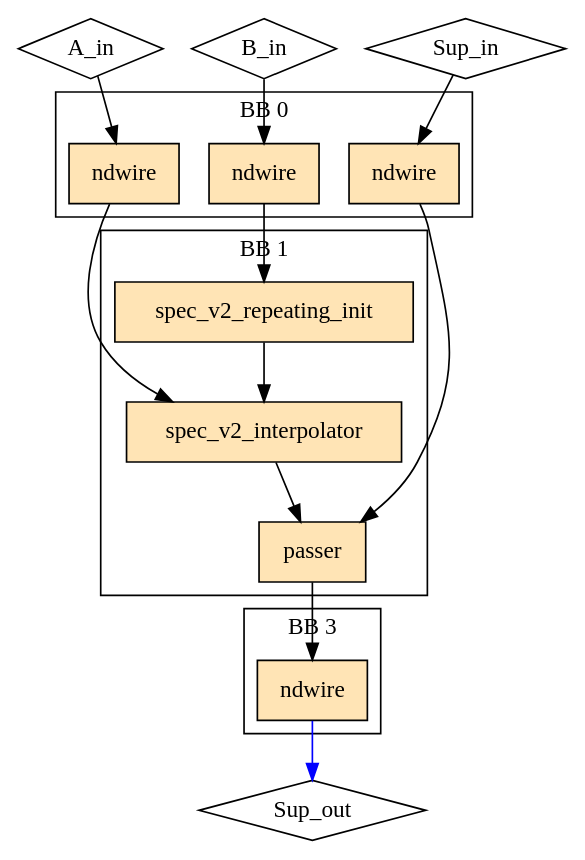
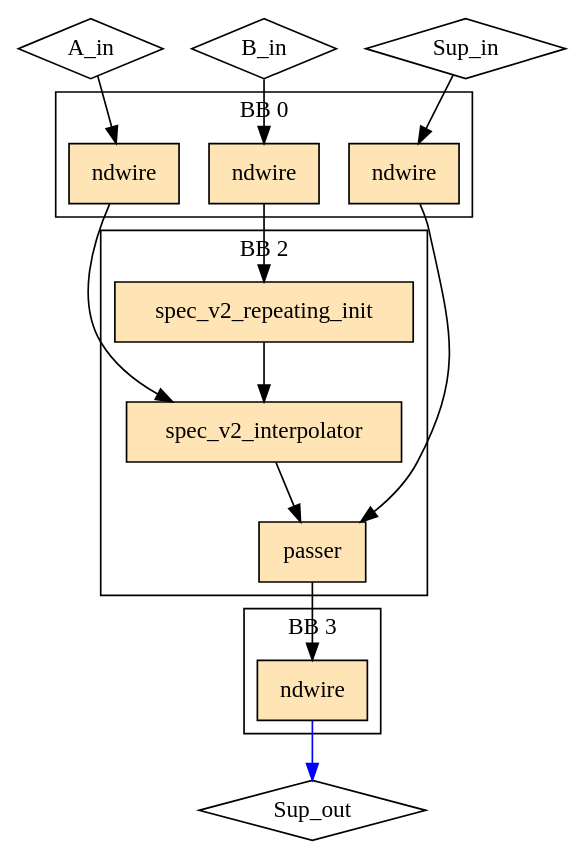
Before and after one commit to EPFL-LAP/dynamatic: the diagram in experimental/tools/elastic-miter/out/interpolator_ind/rhs_reachability/model.dot, drawn with Graphviz. The commit also changed 700 other files, not shown here.

```diff
--- a/experimental/tools/elastic-miter/out/interpolator_ind/rhs_reachability/model.dot
+++ b/experimental/tools/elastic-miter/out/interpolator_ind/rhs_reachability/model.dot
@@ -1,34 +1,34 @@
 Digraph G {
   splines=spline
   compound=true
   "A_in" ["style"="solid", "shape"="diamond", "label"="A_in", "mlir_op"="handshake.func"]
   "B_in" ["style"="solid", "shape"="diamond", "label"="B_in", "mlir_op"="handshake.func"]
   "Sup_in" ["style"="solid", "shape"="diamond", "label"="Sup_in", "mlir_op"="handshake.func"]
   "Sup_out" ["style"="solid", "shape"="diamond", "label"="Sup_out", "mlir_op"="handshake.func"]
   "A_in" -> "ndw_in_A_in" ["dir"="both", "style"="solid", "arrowhead"="normal", "from_idx"="0", "to"="ins", "arrowtail"="none", "from"="A_in", "to_idx"="0"]
   "B_in" -> "ndw_in_B_in" ["dir"="both", "style"="solid", "arrowhead"="normal", "from_idx"="1", "to"="ins", "arrowtail"="none", "from"="B_in", "to_idx"="0"]
   "Sup_in" -> "ndw_in_Sup_in" ["dir"="both", "style"="solid", "arrowhead"="normal", "from_idx"="2", "to"="ins", "arrowtail"="none", "from"="Sup_in", "to_idx"="0"]
   "ndw_in_A_in" -> "interpolate" ["dir"="both", "style"="solid", "arrowhead"="normal", "from_idx"="0", "to"="short", "arrowtail"="none", "from"="outs", "to_idx"="0"]
   "ndw_in_B_in" -> "ri" ["dir"="both", "style"="solid", "arrowhead"="normal", "from_idx"="0", "to"="ins", "arrowtail"="none", "from"="outs", "to_idx"="0"]
   "ndw_in_Sup_in" -> "passer" ["dir"="both", "style"="solid", "arrowhead"="normal", "from_idx"="0", "to"="data", "arrowtail"="none", "from"="outs", "to_idx"="0"]
   "ndw_out_Sup_out" -> "Sup_out" ["dir"="both", "style"="solid", "arrowhead"="normal", "from_idx"="0", "color"="blue", "to"="Sup_out", "arrowtail"="none", "from"="outs", "to_idx"="0"]
   "passer" -> "ndw_out_Sup_out" ["dir"="both", "style"="solid", "arrowhead"="normal", "from_idx"="0", "to"="ins", "arrowtail"="none", "from"="result", "to_idx"="0"]
   subgraph cluster0 {
     graph ["label"="BB 0"]
     "ndw_in_A_in" ["style"="filled", "fillcolor"="moccasin", "shape"="box", "label"="ndwire", "mlir_op"="handshake.ndwire"]
     "ndw_in_B_in" ["style"="filled", "fillcolor"="moccasin", "shape"="box", "label"="ndwire", "mlir_op"="handshake.ndwire"]
     "ndw_in_Sup_in" ["style"="filled", "fillcolor"="moccasin", "shape"="box", "label"="ndwire", "mlir_op"="handshake.ndwire"]
   }
   subgraph cluster3 {
     graph ["label"="BB 3"]
     "ndw_out_Sup_out" ["style"="filled", "fillcolor"="moccasin", "shape"="box", "label"="ndwire", "mlir_op"="handshake.ndwire"]
   }
-  subgraph cluster1 {
-    graph ["label"="BB 1"]
+  subgraph cluster2 {
+    graph ["label"="BB 2"]
     "ri" ["style"="filled", "fillcolor"="moccasin", "shape"="box", "label"="spec_v2_repeating_init", "mlir_op"="handshake.spec_v2_repeating_init"]
     "interpolate" ["style"="filled", "fillcolor"="moccasin", "shape"="box", "label"="spec_v2_interpolator", "mlir_op"="handshake.spec_v2_interpolator"]
     "passer" ["style"="filled", "fillcolor"="moccasin", "shape"="box", "label"="passer", "mlir_op"="handshake.passer"]
     "ri" -> "interpolate" ["dir"="both", "style"="solid", "arrowhead"="normal", "from_idx"="0", "to"="long", "arrowtail"="none", "from"="outs", "to_idx"="1"]
     "interpolate" -> "passer" ["dir"="both", "style"="solid", "arrowhead"="normal", "from_idx"="0", "to"="ctrl", "arrowtail"="none", "from"="result", "to_idx"="1"]
   }
 }
```
